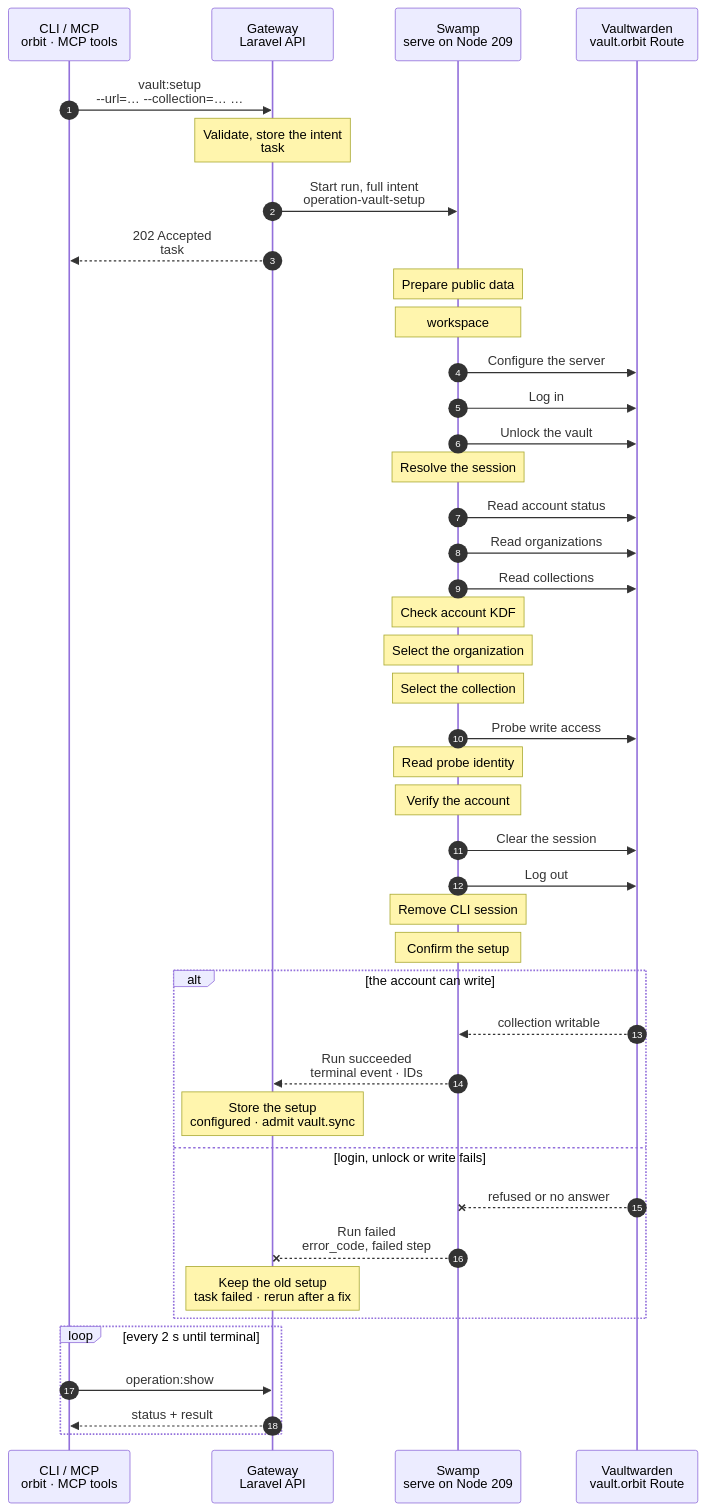
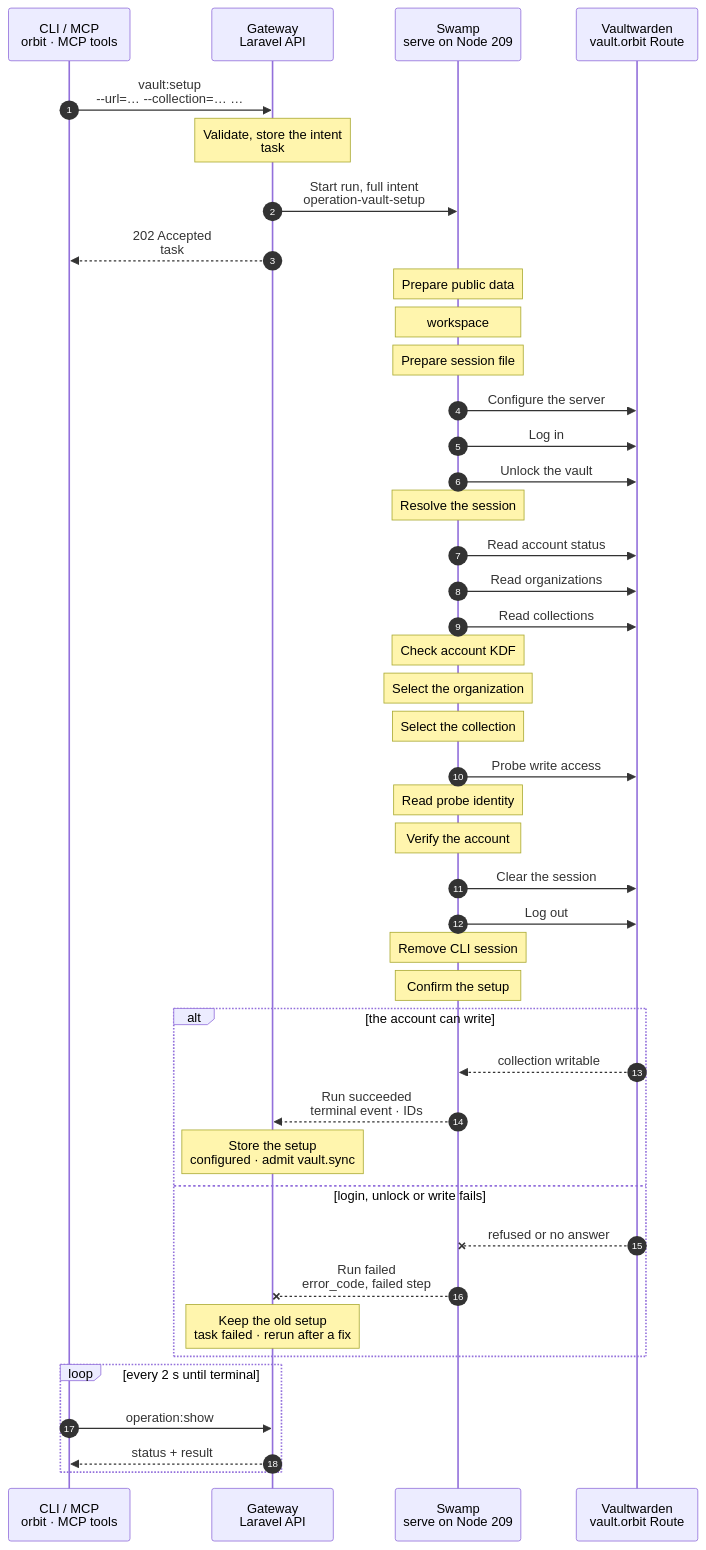
Before and after one commit to hardimpactdev/orbit: the diagram in docs/cli/vault/setup.mmd, drawn with Mermaid. The commit also changed 10 other files, not shown here.

```diff
--- a/docs/cli/vault/setup.mmd
+++ b/docs/cli/vault/setup.mmd
@@ -1,98 +1,99 @@
 sequenceDiagram
   %% Target design: ADR 0244 task, DECISIONS R2-R4, swamp-vault-design (Vaultwarden = human copy). docs/reference/vaultwarden.md.
   %% Tightened: flow-tighten 2026-11-02, rule 22 (no script-read step; the Bitwarden CLI calls run on 209).
   %% status: draft
   %% command: vault:setup
   %% kind: vault.setup
   autonumber
   %% lane CLI icon=terminal pill=caller tone=gray
   %% lane GW icon=gateway pill=intent tone=blue
   %% lane SW icon=workflow pill=executes tone=green
   %% lane VW icon=server pill=target tone=purple
   participant CLI as CLI / MCP<br/>orbit · MCP tools
   participant GW as Gateway<br/>Laravel API
   participant SW as Swamp<br/>serve on Node 209
   participant VW as Vaultwarden<br/>vault.orbit Route
   CLI->>GW: vault:setup<br/>--url=… --collection=… …
   %%> Command:
   %%> - `orbit vault:setup --url=https://vault.orbit --client-id=user.3f0c… --client-secret-file=./client-secret --master-password-file=./master-password --organization=Orbit --collection=Databases`
   %%> - syntax: `--url=ORIGIN --client-id=ID --client-secret-file=PATH --master-password-file=PATH --organization=NAME|ID --collection=NAME|ID`
   %%> Input:
   %%> - the Vaultwarden origin, the Gateway account's API key and master password, and the organization and collection
   %%> - the CLI reads the secrets from files, never from arguments
   Note over GW: Validate, store the intent<br/>task #5167 · secrets to vault
   %%> Requirements:
   %%> - the `vault` extension is on; your Node has an access grant to the Gateway
   %%> - the URL is HTTPS on a `.orbit` host, else `vault.url_invalid`
   %%> - no other setup, sync or teardown runs, else `vault.sync_busy`
   %%> - with items published, the organization and collection stay the same, else `vault.items_published`
   %%> What it does:
   %%> - stores the setup intent encrypted, then pushes the client secret and master password to the Swamp vault under a setup key after commit (R3)
   %%> Result:
   %%> - task #5167 recorded; the current setup, if any, stays in force
   GW->>SW: Start run, full intent<br/>operation-vault-setup
   %%> What it does:
   %%> - starts one Swamp run on serve (Node 209); no Node is a target
   %%> Inputs:
   %%> - the URL, client ID, organization and collection, and the vault key names; never the secrets
   GW-->>CLI: 202 Accepted<br/>task #5167
   %%> What you get:
   %%> - the task number, at once
   %%> Next:
   %%> - the CLI follows the task with `operation:show`, then prints `vault:status`
   Note over SW: Prepare public data
   %%> What it does:
   %%> - compares the frozen public and private configuration, then stores credentials as native sensitive fields
   Note over SW: workspace
+  Note over SW: Prepare session file
   SW->>VW: Configure the server
   SW->>VW: Log in
   SW->>VW: Unlock the vault
   Note over SW: Resolve the session
   %%> What it does:
   %%> - shapes private CLI data; credentials stay in native vault storage and cipher stdin stays in the 0700 scratch directory
   SW->>VW: Read account status
   SW->>VW: Read organizations
   SW->>VW: Read collections
   Note over SW: Check account KDF
   Note over SW: Select the organization
   Note over SW: Select the collection
   SW->>VW: Probe write access
   Note over SW: Read probe identity
   Note over SW: Verify the account
   SW->>VW: Clear the session
   SW->>VW: Log out
   Note over SW: Remove CLI session
   Note over SW: Confirm the setup
   %% Each command step runs one pinned CLI command. Typed shapers expose only bounded public metadata.
   alt the account can write
     VW-->>SW: collection writable
     %%> Returns:
     %%> - the account email and the organization and collection IDs
     SW-->>GW: Run succeeded<br/>terminal event · IDs
     %%> How the Gateway learns it:
     %%> - its shared run reader sees the terminal event; Swamp never calls the Gateway
     Note over GW: Store the setup<br/>configured · admit vault.sync
     %%> Result:
     %%> - the setup is stored encrypted and `vault:status` shows `configured`
     %%> - task #5167 succeeds, and the Gateway admits a first `vault.sync`
   else login, unlock or write fails
     VW--xSW: refused or no answer
     %%> When:
     %%> - a wrong API key or master password, an unknown organization or collection, no write access, or TLS fails
     SW--xGW: Run failed<br/>error_code, failed step
     %%> The Gateway reads:
     %%> - which step failed and its safe error code
     Note over GW: Keep the old setup<br/>task failed · rerun after a fix
     %%> Result:
     %%> - the new setup is not stored; an earlier setup stays in force; task #5167 fails
     %%> Retry:
     %%> - run the same command again with fixed values; it is a new task
   end
   loop every 2 s until terminal
     CLI->>GW: operation:show #5167
     %%> What it does:
     %%> - asks for the task's status every 2 seconds until it has ended
     GW-->>CLI: status + result
     %%> Returns:
     %%> - the current status, and the result once the task has ended
   end
```
